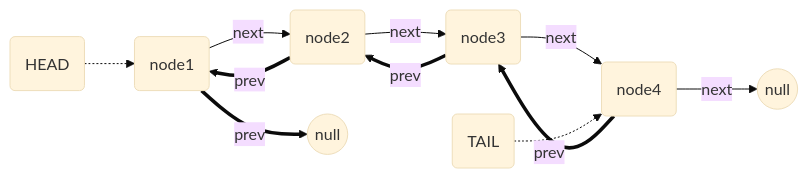
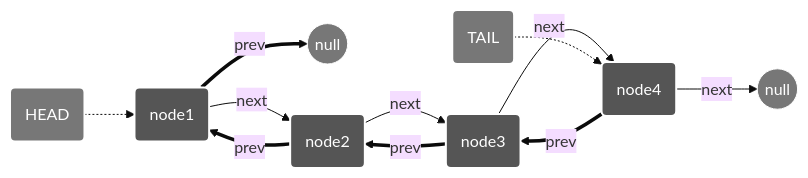
Before and after one commit to PugazharasanC/Problem-Solving-Session-Apr-10: the second of 6 diagrams in list.md, drawn with Mermaid (base theme). The commit also changed other lines of this file, not shown here.

````diff
--- a/list.md
+++ b/list.md
@@ -20,14 +40,22 @@
 ```mermaid
 graph LR
+    style head fill:#777777,stroke:#ffffff,stroke-width:2px,color:#ffffff
+    style tail fill:#777777,stroke:#ffffff,stroke-width:2px,color:#ffffff
+    style null1 fill:#777777,stroke:#ffffff,stroke-width:1px,color:#ffffff
+    style null2 fill:#777777,stroke:#ffffff,stroke-width:1px,color:#ffffff
+    style node1 fill:#555555,stroke:#ffffff,stroke-width:2px,color:#ffffff
+    style node2 fill:#555555,stroke:#ffffff,stroke-width:2px,color:#ffffff
+    style node3 fill:#555555,stroke:#ffffff,stroke-width:2px,color:#ffffff
+    style node4 fill:#555555,stroke:#ffffff,stroke-width:2px,color:#ffffff
+
     head(HEAD) -.-> node1(node1)
     node1 --next--> node2(node2)
-    node2 ==prev==>node1
+    node2 ==prev==> node1
     node2 --next--> node3(node3)
     node3 ==prev==> node2
     node3 --next--> node4(node4)
     node4 ==prev==> node3
     node1 ==prev==> null1((null))
     tail(TAIL) -.-> node4
     node4 --next--> null2((null))
-
 ```
````
